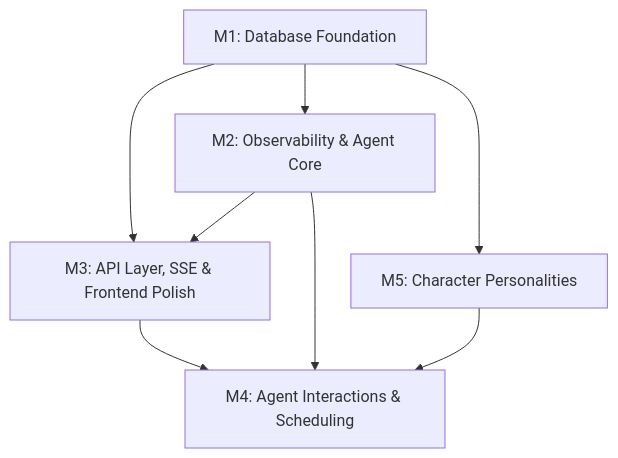
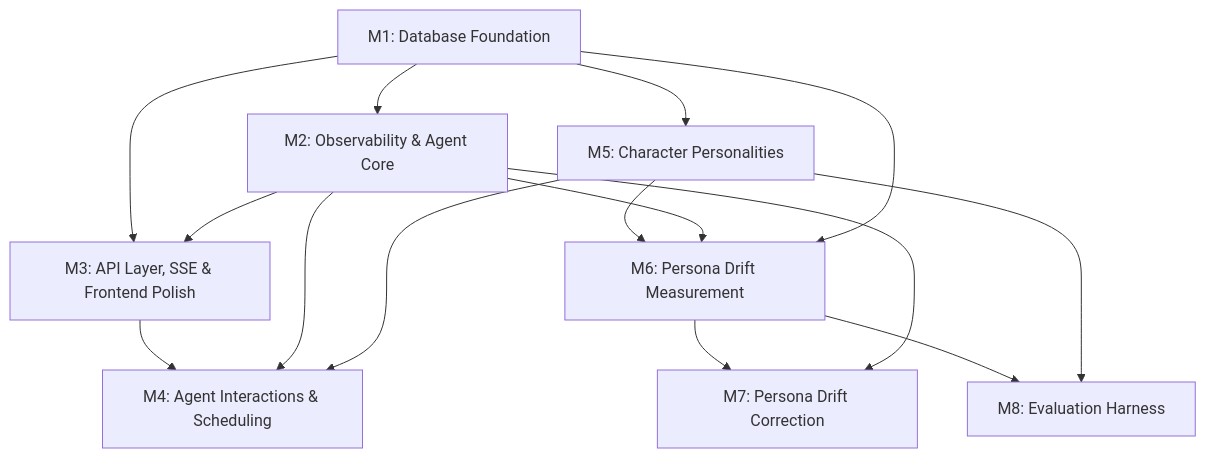
One commit to pedropaulovc/the-office changed the diagram in AGENTS.md. Above: the diagram before and after it, drawn with Mermaid. The commit also changed other lines of this file and 5 other files, not shown here.

First line of the commit message:
Add persona drift milestones M6–M8 and evaluation functional spec

````diff
--- a/AGENTS.md
+++ b/AGENTS.md
@@ -51,10 +51,17 @@
 ```mermaid
 graph TD
     M1[M1: Database Foundation] --> M2[M2: Observability & Agent Core]
     M1 --> M3[M3: API Layer, SSE & Frontend Polish]
     M2 --> M3
     M3 --> M4[M4: Agent Interactions & Scheduling]
     M2 --> M4
     M1 --> M5[M5: Character Personalities]
     M5 --> M4
+    M5 --> M6[M6: Persona Drift Measurement]
+    M2 --> M6
+    M1 --> M6
+    M6 --> M7[M7: Persona Drift Correction]
+    M2 --> M7
+    M6 --> M8[M8: Evaluation Harness]
+    M5 --> M8
 ```
````
